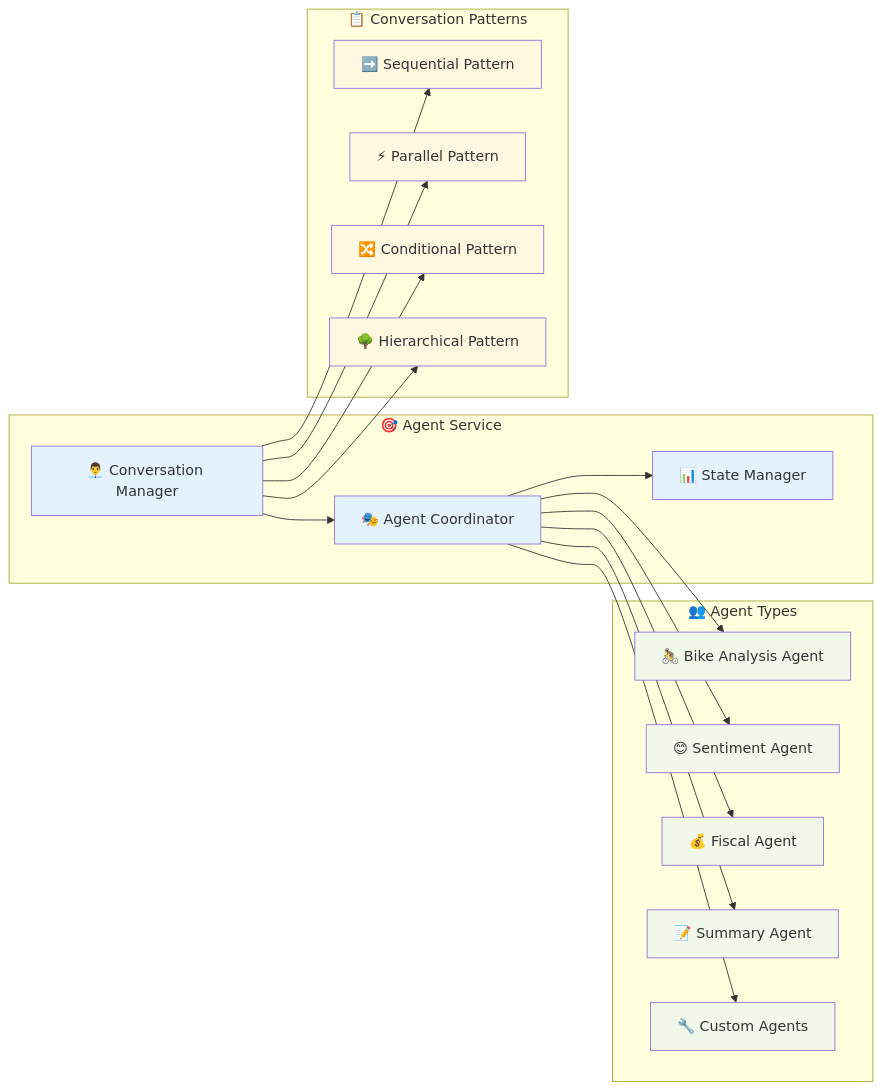
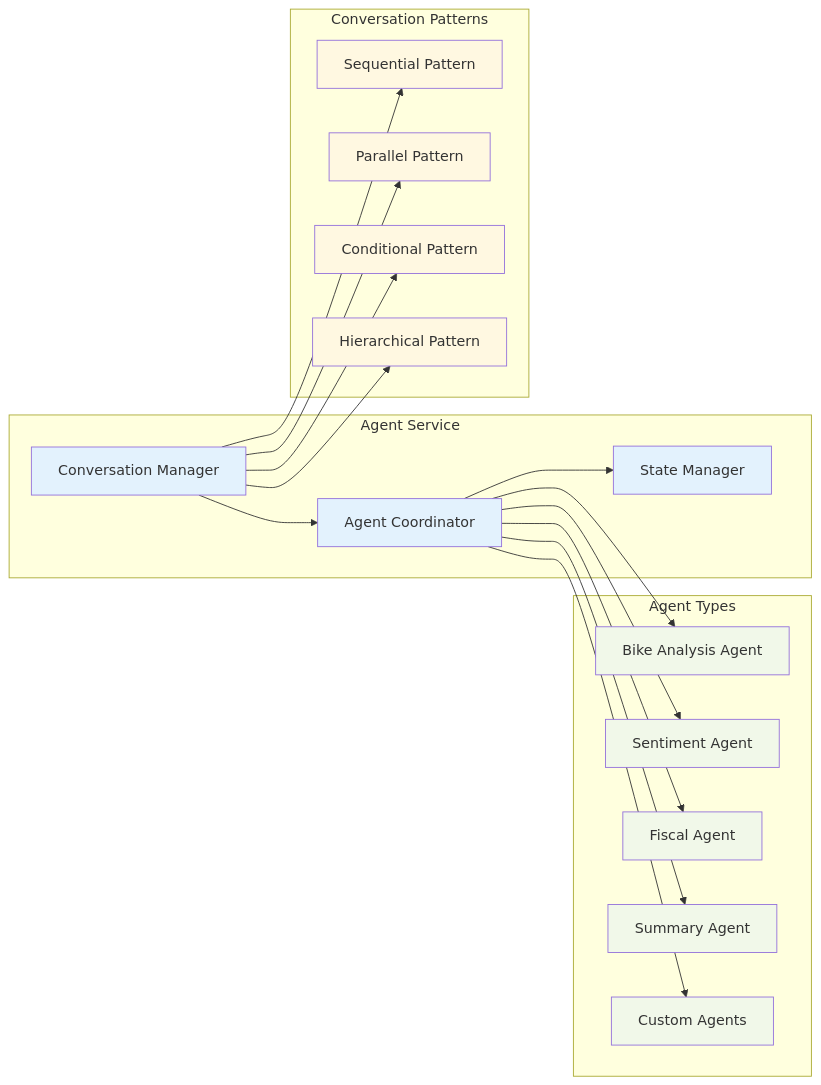
One commit to the-ingenious-dark-knight/Insight_Ingenious changed the second of 13 diagrams in docs/architecture/README.md. Above: the diagram before and after it, drawn with Mermaid. The commit also changed other lines of this file and 13 other files, not shown here.

````diff
--- a/docs/architecture/README.md
+++ b/docs/architecture/README.md
@@ -91,44 +91,44 @@
 ```mermaid
 graph LR
-    subgraph "🎯 Agent Service"
-        MANAGER[👨‍💼 Conversation Manager]
-        COORDINATOR[🎭 Agent Coordinator]
-        STATE[📊 State Manager]
+    subgraph "Agent Service"
+        MANAGER[Conversation Manager]
+        COORDINATOR[Agent Coordinator]
+        STATE[State Manager]
     end
     
-    subgraph "👥 Agent Types"
-        BIKE[🚴 Bike Analysis Agent]
-        SENTIMENT[😊 Sentiment Agent]
-        FISCAL[💰 Fiscal Agent]
-        SUMMARY[📝 Summary Agent]
-        CUSTOM[🔧 Custom Agents]
+    subgraph "Agent Types"
+        BIKE[Bike Analysis Agent]
+        SENTIMENT[Sentiment Agent]
+        FISCAL[Fiscal Agent]
+        SUMMARY[Summary Agent]
+        CUSTOM[Custom Agents]
     end
     
-    subgraph "📋 Conversation Patterns"
-        SEQUENTIAL[➡️ Sequential Pattern]
-        PARALLEL[⚡ Parallel Pattern]
-        CONDITIONAL[🔀 Conditional Pattern]
-        HIERARCHICAL[🌳 Hierarchical Pattern]
+    subgraph "Conversation Patterns"
+        SEQUENTIAL[Sequential Pattern]
+        PARALLEL[Parallel Pattern]
+        CONDITIONAL[Conditional Pattern]
+        HIERARCHICAL[Hierarchical Pattern]
     end
     
     MANAGER --> COORDINATOR
     COORDINATOR --> STATE
     COORDINATOR --> BIKE
     COORDINATOR --> SENTIMENT
     COORDINATOR --> FISCAL
     COORDINATOR --> SUMMARY
     COORDINATOR --> CUSTOM
     
     MANAGER --> SEQUENTIAL
     MANAGER --> PARALLEL
     MANAGER --> CONDITIONAL
     MANAGER --> HIERARCHICAL
     
     classDef service fill:#e3f2fd
     classDef agents fill:#f1f8e9
     classDef patterns fill:#fff8e1
     
     class MANAGER,COORDINATOR,STATE service
     class BIKE,SENTIMENT,FISCAL,SUMMARY,CUSTOM agents
     class SEQUENTIAL,PARALLEL,CONDITIONAL,HIERARCHICAL patterns
 ```
````
